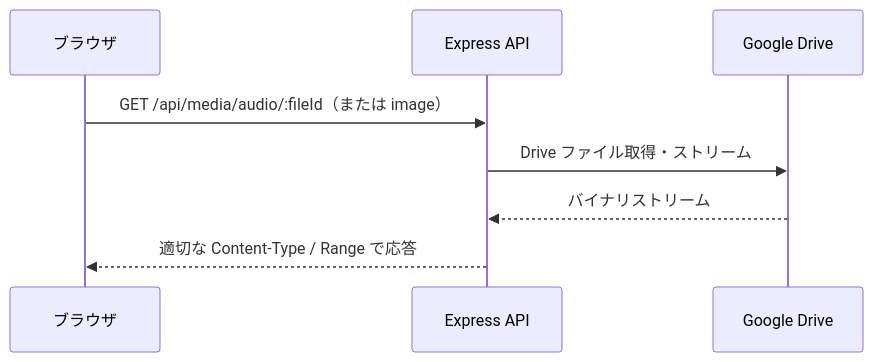
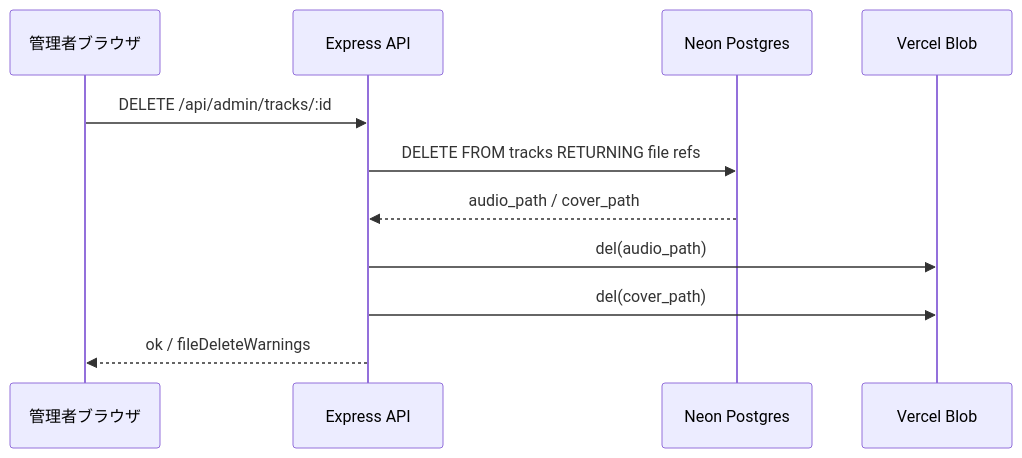
The fourth of 5 diagrams in docs/バックエンド構成図.md (RYUKOU-OKUMURA/boss-music), drawn with Mermaid before and after one commit. The commit also changed other lines of this file and 6 other files, not shown here.

````diff
--- a/docs/バックエンド構成図.md
+++ b/docs/バックエンド構成図.md
@@ -75,11 +93,14 @@
 ```mermaid
 sequenceDiagram
-    participant U as ブラウザ
+    participant A as 管理者ブラウザ
     participant E as Express API
-    participant D as Google Drive
+    participant N as Neon Postgres
+    participant B as Vercel Blob
 
-    U ->> E: GET /api/media/audio/:fileId（または image）
-    E ->> D: Drive ファイル取得・ストリーム
-    D -->> E: バイナリストリーム
-    E -->> U: 適切な Content-Type / Range で応答
+    A ->> E: DELETE /api/admin/tracks/:id
+    E ->> N: DELETE FROM tracks RETURNING file refs
+    N -->> E: audio_path / cover_path
+    E ->> B: del(audio_path)
+    E ->> B: del(cover_path)
+    E -->> A: ok / fileDeleteWarnings
 ```
````
